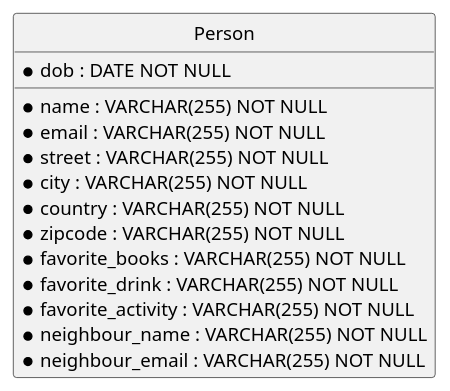
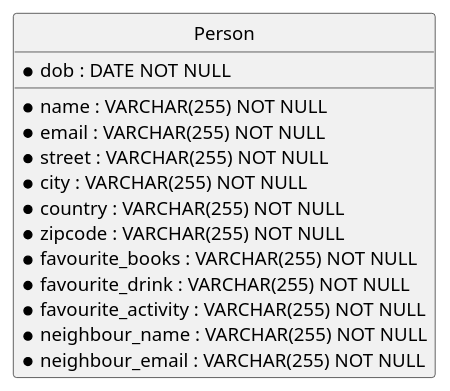
One commit to sudefidan/Advanced_Database changed the diagram in Assessment/TASK1/1NF.plantuml. Above: the diagram before and after it, drawn with PlantUML. The commit also changed 3 other files, not shown here.

Commit message:
favorite changed to favourite

```diff
--- a/Assessment/TASK1/1NF.plantuml
+++ b/Assessment/TASK1/1NF.plantuml
@@ -1,20 +1,20 @@
 @startuml 1NF
 
 hide circle
 
 entity "Person" {
   * name : VARCHAR(255) NOT NULL
   * email : VARCHAR(255) NOT NULL
   * dob : DATE NOT NULL
   * street : VARCHAR(255) NOT NULL
   * city : VARCHAR(255) NOT NULL
   * country : VARCHAR(255) NOT NULL
   * zipcode : VARCHAR(255) NOT NULL
-  * favorite_books : VARCHAR(255) NOT NULL
-  * favorite_drink : VARCHAR(255) NOT NULL
-  * favorite_activity : VARCHAR(255) NOT NULL
+  * favourite_books : VARCHAR(255) NOT NULL
+  * favourite_drink : VARCHAR(255) NOT NULL
+  * favourite_activity : VARCHAR(255) NOT NULL
   * neighbour_name : VARCHAR(255) NOT NULL
   * neighbour_email : VARCHAR(255) NOT NULL
 }
 
 @enduml
```
